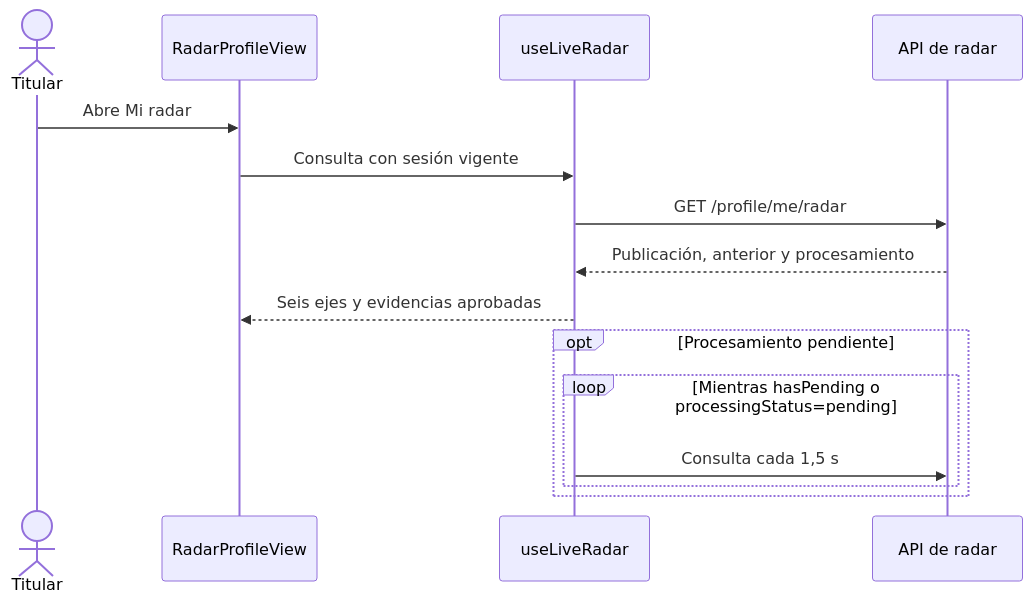
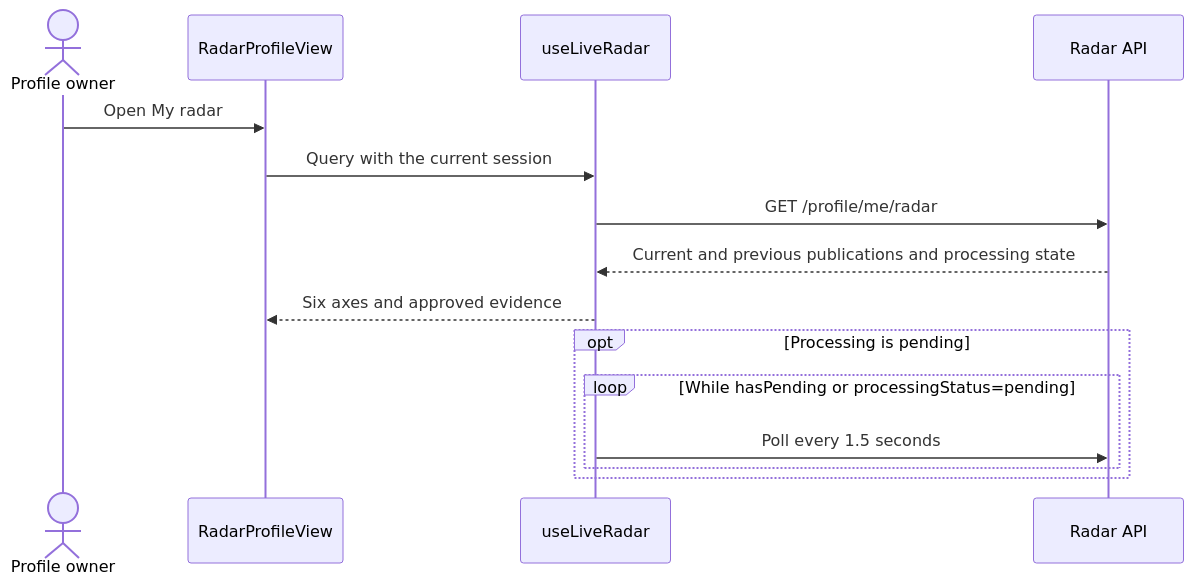
Before and after one commit to UMSSY/umssy-app: the second of 2 diagrams in docs/radar-chart/README.md, drawn with Mermaid. The commit also changed other lines of this file and 6 other files, not shown here.

````diff
--- a/docs/radar-chart/README.md
+++ b/docs/radar-chart/README.md
@@ -23,17 +23,17 @@
 ```mermaid
 sequenceDiagram
-  actor Owner as Titular
+  actor Owner as Profile owner
   participant View as RadarProfileView
   participant Query as useLiveRadar
-  participant API as API de radar
-  Owner->>View: Abre Mi radar
-  View->>Query: Consulta con sesión vigente
+  participant API as Radar API
+  Owner->>View: Open My radar
+  View->>Query: Query with the current session
   Query->>API: GET /profile/me/radar
-  API-->>Query: Publicación, anterior y procesamiento
-  Query-->>View: Seis ejes y evidencias aprobadas
-  opt Procesamiento pendiente
-    loop Mientras hasPending o processingStatus=pending
-      Query->>API: Consulta cada 1,5 s
+  API-->>Query: Current and previous publications and processing state
+  Query-->>View: Six axes and approved evidence
+  opt Processing is pending
+    loop While hasPending or processingStatus=pending
+      Query->>API: Poll every 1.5 seconds
     end
   end
 ```
````
